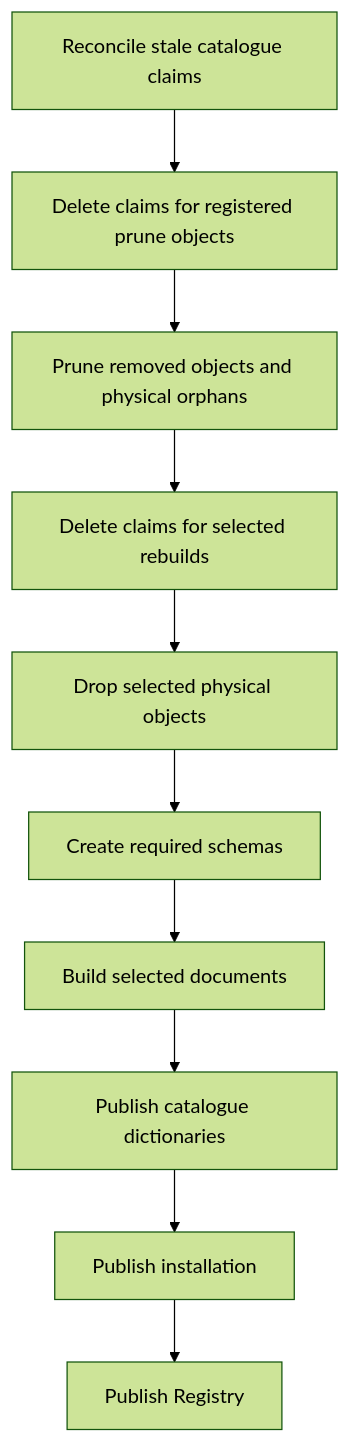
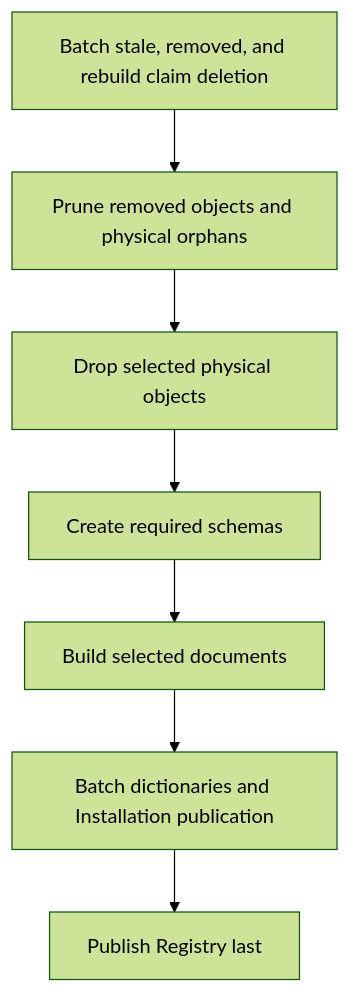
The fourth of 5 diagrams in docs/how-does-build-work.md (matthias-wong-dev/weaverstack), drawn with Mermaid (forest theme) before and after one commit. The commit also changed other lines of this file and 34 other files, not shown here.

Commit message:
Address incremental build architecture review

````diff
--- a/docs/how-does-build-work.md
+++ b/docs/how-does-build-work.md
@@ -290,15 +286,12 @@
 ```mermaid
 flowchart TD
-    A["Reconcile stale catalogue claims"]
-    B["Delete claims for registered prune objects"]
-    C["Prune removed objects and physical orphans"]
-    D["Delete claims for selected rebuilds"]
-    E["Drop selected physical objects"]
-    F["Create required schemas"]
-    G["Build selected documents"]
-    H["Publish catalogue dictionaries"]
-    I["Publish installation"]
-    J["Publish Registry"]
+    A["Batch stale, removed, and rebuild claim deletion"]
+    B["Prune removed objects and physical orphans"]
+    C["Drop selected physical objects"]
+    D["Create required schemas"]
+    E["Build selected documents"]
+    F["Batch dictionaries and Installation publication"]
+    G["Publish Registry last"]
 
-    A --> B --> C --> D --> E --> F --> G --> H --> I --> J
+    A --> B --> C --> D --> E --> F --> G
 ```
````
